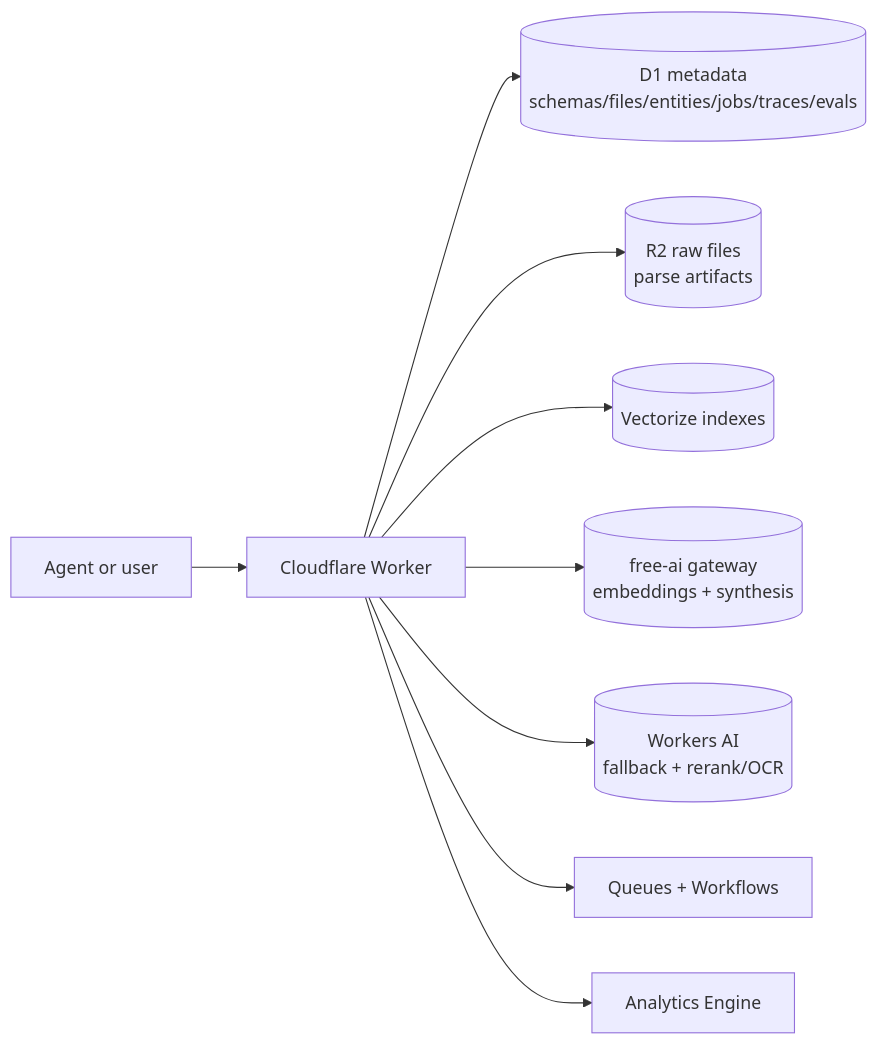
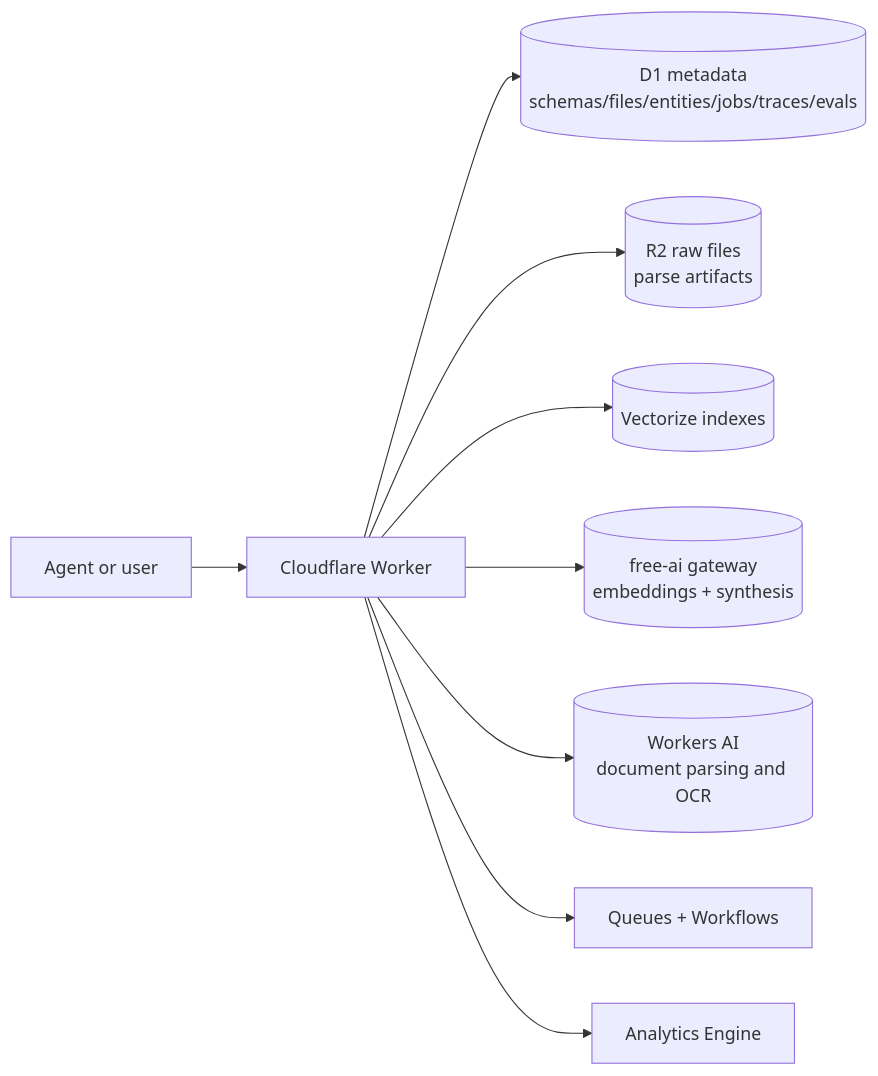
The diagram in docs/architecture/overview.md (sass-maker/knowledge-base), drawn with Mermaid before and after one commit. The commit also changed other lines of this file and 12 other files, not shown here.

````diff
--- a/docs/architecture/overview.md
+++ b/docs/architecture/overview.md
@@ -13,11 +15,11 @@
 ```mermaid
 flowchart LR
     User[Agent or user] --> Worker[Cloudflare Worker]
     Worker --> D1[(D1 metadata<br/>schemas/files/entities/jobs/traces/evals)]
     Worker --> R2[(R2 raw files<br/>parse artifacts)]
     Worker --> Vectorize[(Vectorize indexes)]
     Worker --> FreeAI[(free-ai gateway<br/>embeddings + synthesis)]
-    Worker --> AI[(Workers AI<br/>fallback + rerank/OCR)]
+    Worker --> AI[(Workers AI<br/>document parsing and OCR)]
     Worker --> Queue[Queues + Workflows]
     Worker --> Analytics[Analytics Engine]
 ```
````
